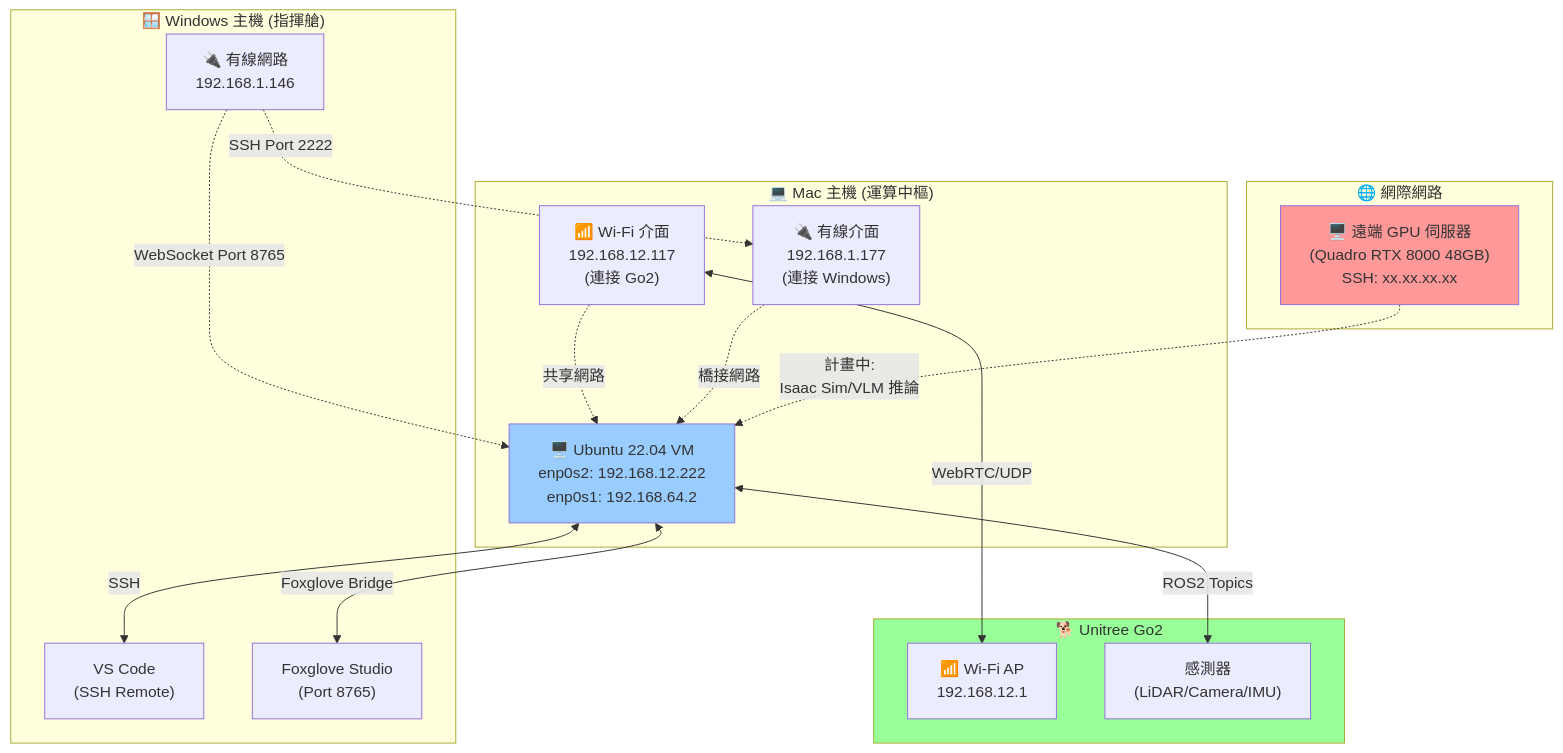
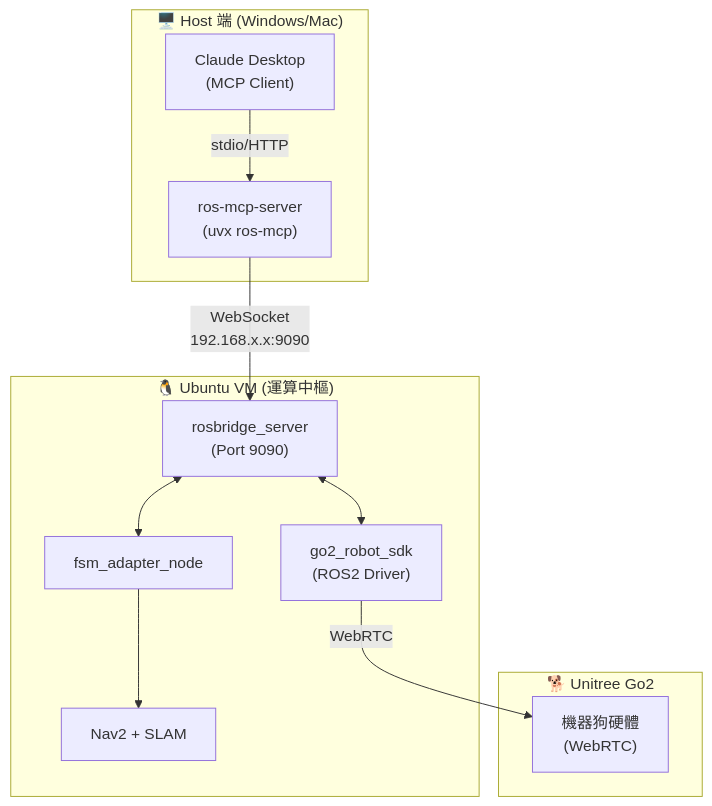
One commit to fanzaiqiang/elder_and_dog changed the second of 2 diagrams in docs/00-overview/專題目標.md. Above: the diagram before and after it, drawn with Mermaid. The commit also changed other lines of this file and 2 other files, not shown here.

````diff
--- a/docs/00-overview/專題目標.md
+++ b/docs/00-overview/專題目標.md
@@ -457,40 +150,25 @@
 ```mermaid
 graph TB
-    subgraph Internet["🌐 網際網路"]
-        RemoteGPU["🖥️ 遠端 GPU 伺服器<br/>(Quadro RTX 8000 48GB)<br/>SSH: xx.xx.xx.xx"]
+    subgraph Host["🖥️ Host 端 (Windows/Mac)"]
+        Claude["Claude Desktop<br/>(MCP Client)"]
+        MCPServer["ros-mcp-server<br/>(uvx ros-mcp)"]
     end
 
-    subgraph Mac["💻 Mac 主機 (運算中樞)"]
-        MacWiFi["📶 Wi-Fi 介面<br/>192.168.12.117<br/>(連接 Go2)"]
-        MacEth["🔌 有線介面<br/>192.168.1.177<br/>(連接 Windows)"]
-        VM["🖥️ Ubuntu 22.04 VM<br/>enp0s2: 192.168.12.222<br/>enp0s1: 192.168.64.2"]
-
-        MacWiFi -.->|共享網路| VM
-        MacEth -.->|橋接網路| VM
+    subgraph VM["🐧 Ubuntu VM (運算中樞)"]
+        RosBridge["rosbridge_server<br/>(Port 9090)"]
+        Go2SDK["go2_robot_sdk<br/>(ROS2 Driver)"]
+        Nav2Node["Nav2 + SLAM"]
+        FSMNode["fsm_adapter_node"]
     end
 
-    subgraph Windows["🪟 Windows 主機 (指揮艙)"]
-        WinIP["🔌 有線網路<br/>192.168.1.146"]
-        VSCode["VS Code<br/>(SSH Remote)"]
-        Foxglove["Foxglove Studio<br/>(Port 8765)"]
-
-        WinIP -.->|SSH Port 2222| MacEth
-        WinIP -.->|WebSocket Port 8765| VM
+    subgraph Robot["🐕 Unitree Go2"]
+        Go2HW["機器狗硬體<br/>(WebRTC)"]
     end
 
-    subgraph Go2["🐕 Unitree Go2"]
-        Go2WiFi["📶 Wi-Fi AP<br/>192.168.12.1"]
-        Go2Sensor["感測器<br/>(LiDAR/Camera/IMU)"]
-    end
-
-    MacWiFi <-->|WebRTC/UDP| Go2WiFi
-    VM <-->|ROS2 Topics| Go2Sensor
-    VM <-->|Foxglove Bridge| Foxglove
-    VM <-->|SSH| VSCode
-
-    RemoteGPU -.->|計畫中:<br/>Isaac Sim/VLM 推論| VM
-
-    style RemoteGPU fill:#ff9999
-    style VM fill:#99ccff
-    style Go2 fill:#99ff99
+    Claude --"stdio/HTTP"--> MCPServer
+    MCPServer --"WebSocket<br/>192.168.x.x:9090"--> RosBridge
+    RosBridge <--> Go2SDK
+    RosBridge <--> FSMNode
+    FSMNode --> Nav2Node
+    Go2SDK --"WebRTC"--> Go2HW
 ```
````
